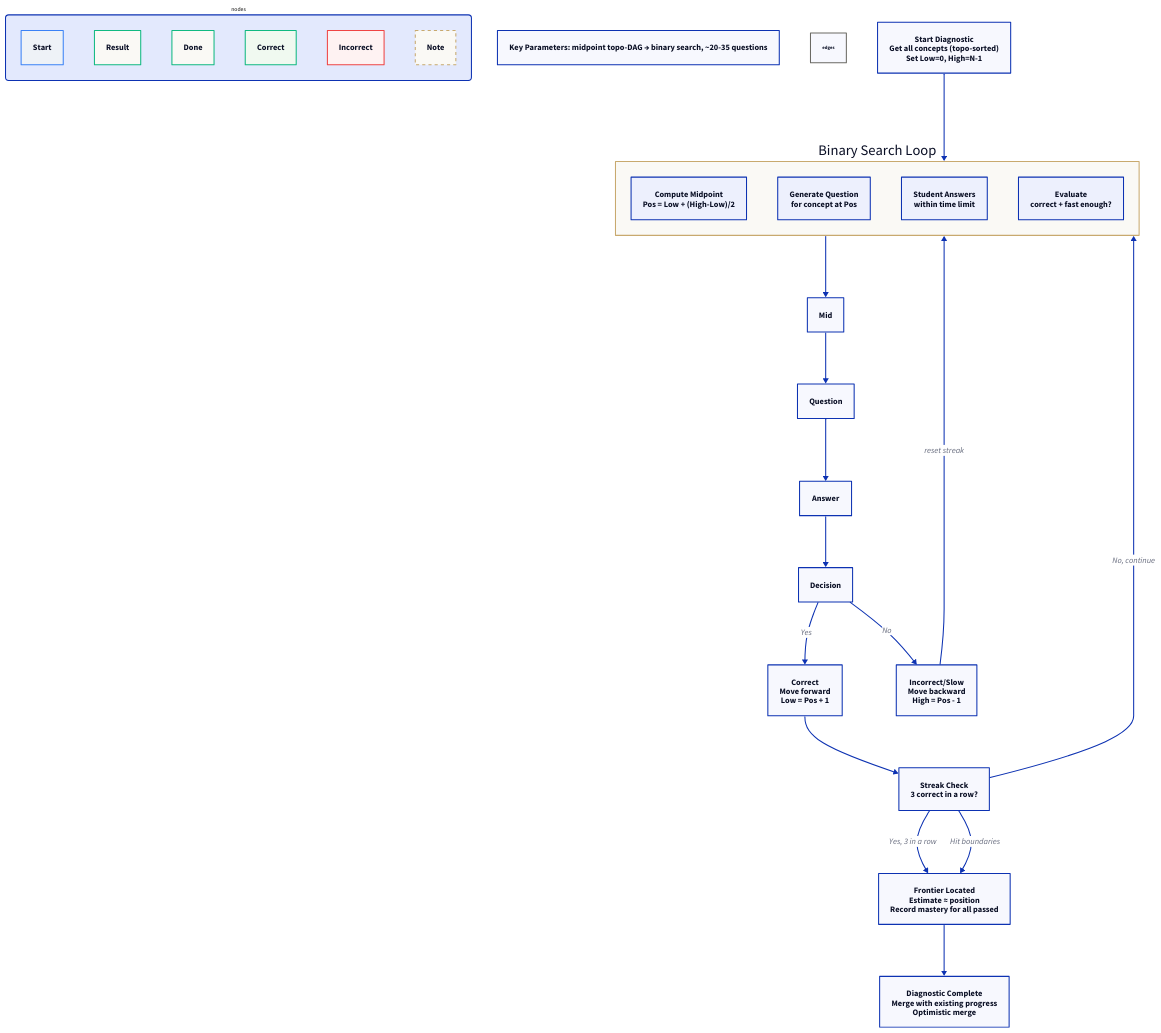
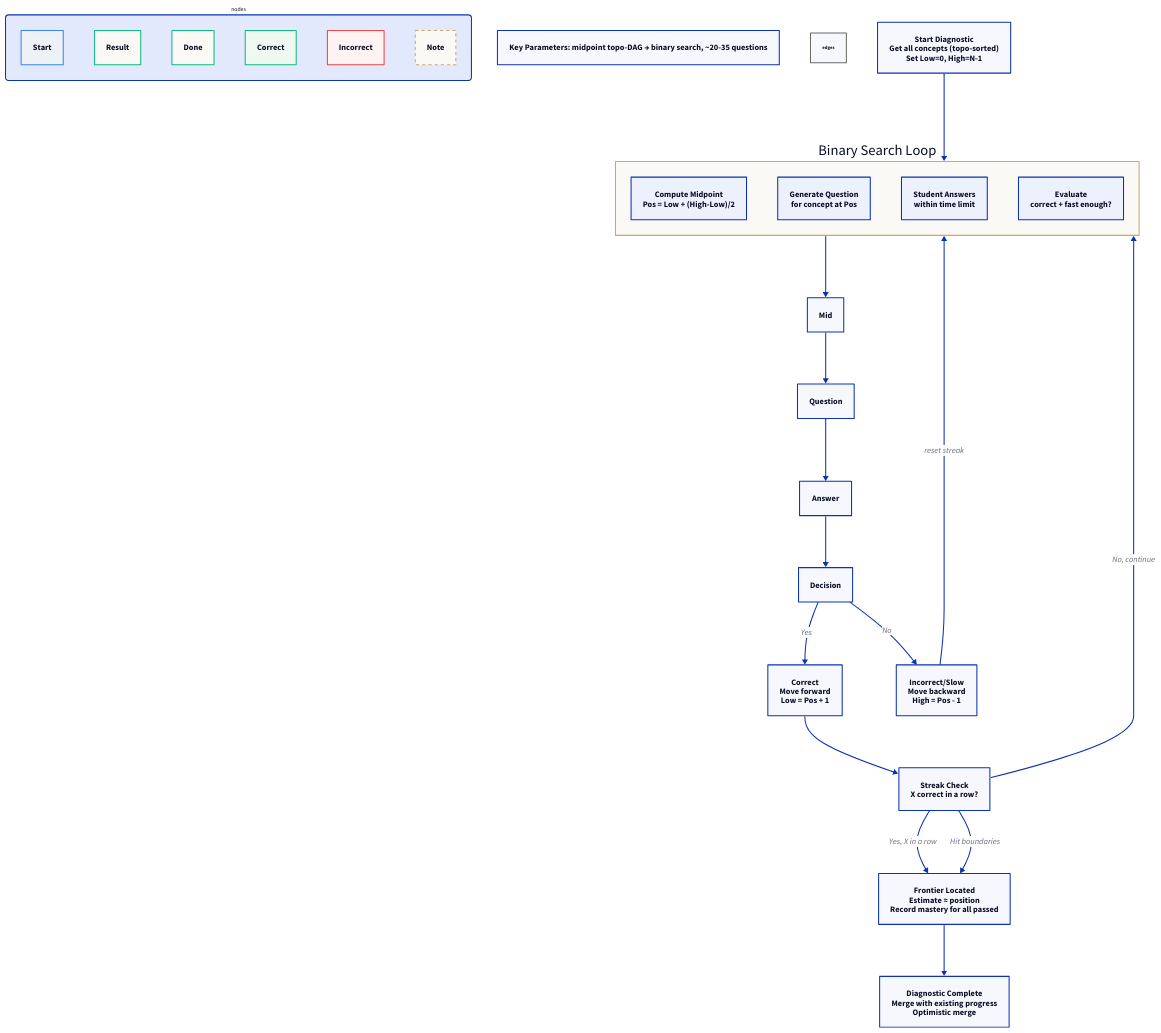
Before and after one commit to chuma-beep/mathua: the diagram in web/next-app/diagrams/system-design-cat-diagnostic.d2, drawn with D2. The commit also changed 5 other files, not shown here.

```diff
--- a/web/next-app/diagrams/system-design-cat-diagnostic.d2
+++ b/web/next-app/diagrams/system-design-cat-diagnostic.d2
@@ -1,87 +1,87 @@
 # Mathua CAT Diagnostic  --  Binary Search on Concept Graph
 
 direction: down
 
 Start: Start Diagnostic\nGet all concepts (topo-sorted)\nSet Low=0, High=N-1
 
 Loop: Binary Search Loop {
   Mid: Compute Midpoint\nPos = Low + (High-Low)/2
   
   Question: Generate Question\nfor concept at Pos
   
   Answer: Student Answers\nwithin time limit
   
   Decision: Evaluate\ncorrect + fast enough?
   
   style.fill: "#FAF9F5"
   style.stroke: "#C8A96E"
 }
 
 Correct: Correct\nMove forward\nLow = Pos + 1
 
 Incorrect: Incorrect/Slow\nMove backward\nHigh = Pos - 1
 
-Check: Streak Check\n3 correct in a row?
+Check: Streak Check\nX correct in a row?
 
 Result: Frontier Located\nEstimate ≈ position\nRecord mastery for all passed
 
 Done: Diagnostic Complete\nMerge with existing progress\nOptimistic merge
 
 # Flow
 Start -> Loop
 Loop -> Mid
 Mid -> Question
 Question -> Answer
 Answer -> Decision
 Decision -> Correct: Yes
 Decision -> Incorrect: No
 Correct -> Check
 Incorrect -> Loop: reset streak
 Check -> Loop: No, continue
-Check -> Result: Yes, 3 in a row
+Check -> Result: Yes, X in a row
 Check -> Result: Hit boundaries
 Result -> Done
 
 # Side note
 Note: "Key Parameters: midpoint topo-DAG → binary search, ~20-35 questions"
 
 # Styling
 nodes: {
   style: {
     font-size: 11
     font-color: "#141413"
     border-radius: 6
   }
   Start: {
     style.fill: "#EEF2F7"
     style.stroke: "#3B82F6"
   }
   Result: {
     style.fill: "#FAF9F5"
     style.stroke: "#10B981"
   }
   Done: {
     style.fill: "#FAF9F5"
     style.stroke: "#10B981"
   }
   Correct: {
     style.fill: "#F0F9F0"
     style.stroke: "#10B981"
   }
   Incorrect: {
     style.fill: "#FEF2F2"
     style.stroke: "#EF4444"
   }
   Note: {
     style.fill: "#FAF9F5"
     style.stroke: "#C8A96E"
     style.stroke-dash: 3
   }
 }
 
 edges: {
   style: {
     stroke: "#6b6a64"
     font-size: 9
   }
 }
```
